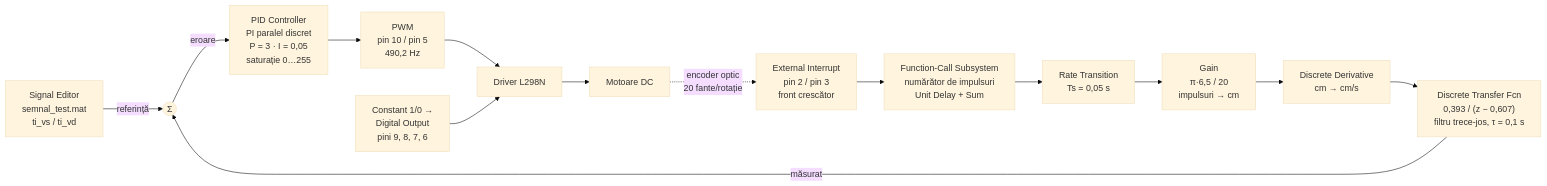
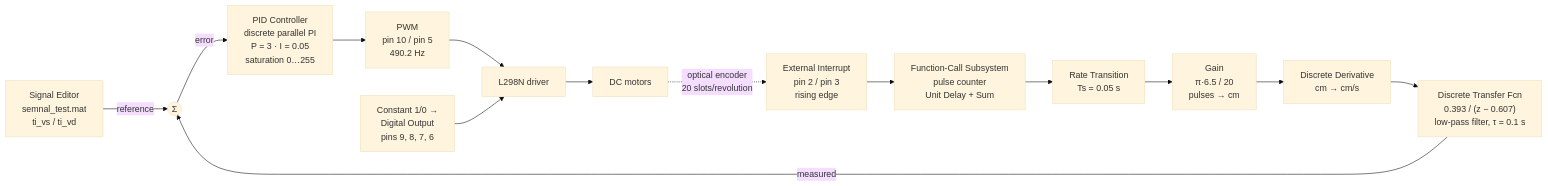
The diagram in README.md (StefanHoria/Robot-Car-Simulink-Arduino), drawn with Mermaid (base theme) before and after one commit. The commit also changed other lines of this file and 1 other file, not shown here.

````diff
--- a/README.md
+++ b/README.md
@@ -33,16 +35,16 @@
 ```mermaid
 flowchart LR
-    SE["Signal Editor<br/>semnal_test.mat<br/>ti_vs / ti_vd"] -->|referință| SUM(("Σ"))
-    ENC["External Interrupt<br/>pin 2 / pin 3<br/>front crescător"] --> CNT["Function-Call Subsystem<br/>numărător de impulsuri<br/>Unit Delay + Sum"]
-    CNT --> RT["Rate Transition<br/>Ts = 0,05 s"]
-    RT --> G["Gain<br/>π·6,5 / 20<br/>impulsuri → cm"]
+    SE["Signal Editor<br/>semnal_test.mat<br/>ti_vs / ti_vd"] -->|reference| SUM(("Σ"))
+    ENC["External Interrupt<br/>pin 2 / pin 3<br/>rising edge"] --> CNT["Function-Call Subsystem<br/>pulse counter<br/>Unit Delay + Sum"]
+    CNT --> RT["Rate Transition<br/>Ts = 0.05 s"]
+    RT --> G["Gain<br/>π·6.5 / 20<br/>pulses → cm"]
     G --> DD["Discrete Derivative<br/>cm → cm/s"]
-    DD --> LP["Discrete Transfer Fcn<br/>0,393 / (z − 0,607)<br/>filtru trece-jos, τ = 0,1 s"]
-    LP -->|măsurat| SUM
-    SUM -->|eroare| PID["PID Controller<br/>PI paralel discret<br/>P = 3 · I = 0,05<br/>saturație 0…255"]
-    PID --> PWM["PWM<br/>pin 10 / pin 5<br/>490,2 Hz"]
-    PWM --> DRV["Driver L298N"]
-    DIR["Constant 1/0 →<br/>Digital Output<br/>pini 9, 8, 7, 6"] --> DRV
-    DRV --> M["Motoare DC"]
-    M -.->|encoder optic<br/>20 fante/rotație| ENC
+    DD --> LP["Discrete Transfer Fcn<br/>0.393 / (z − 0.607)<br/>low-pass filter, τ = 0.1 s"]
+    LP -->|measured| SUM
+    SUM -->|error| PID["PID Controller<br/>discrete parallel PI<br/>P = 3 · I = 0.05<br/>saturation 0…255"]
+    PID --> PWM["PWM<br/>pin 10 / pin 5<br/>490.2 Hz"]
+    PWM --> DRV["L298N driver"]
+    DIR["Constant 1/0 →<br/>Digital Output<br/>pins 9, 8, 7, 6"] --> DRV
+    DRV --> M["DC motors"]
+    M -.->|optical encoder<br/>20 slots/revolution| ENC
 ```
````
